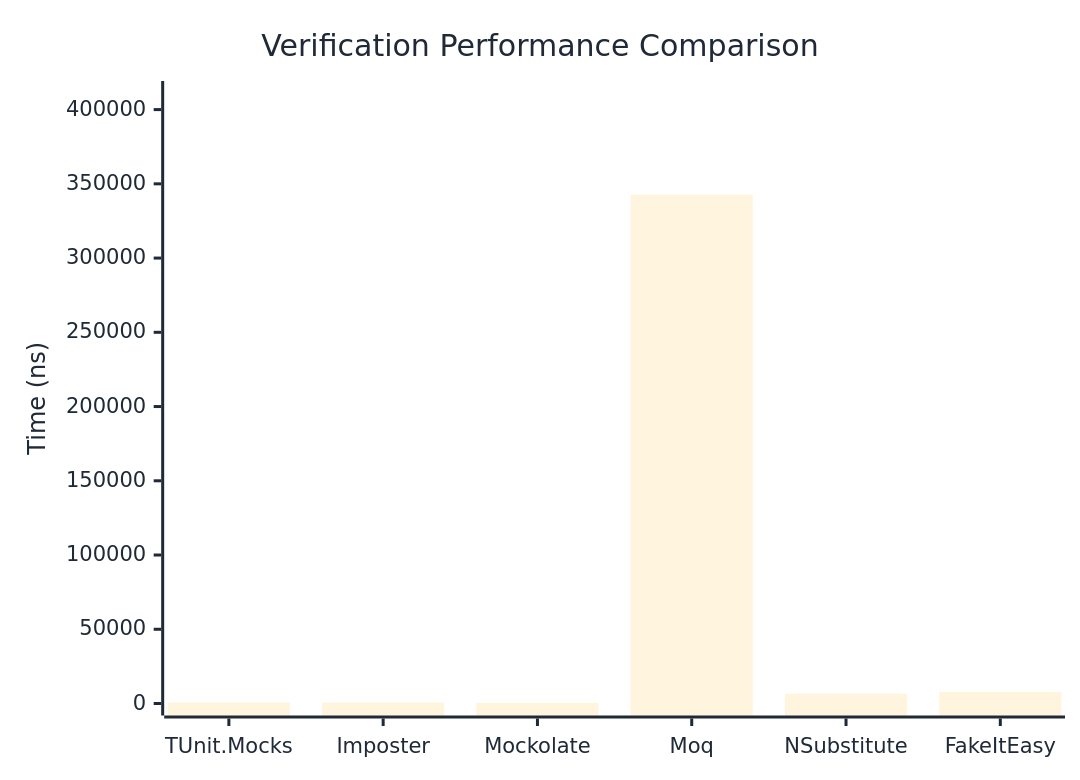
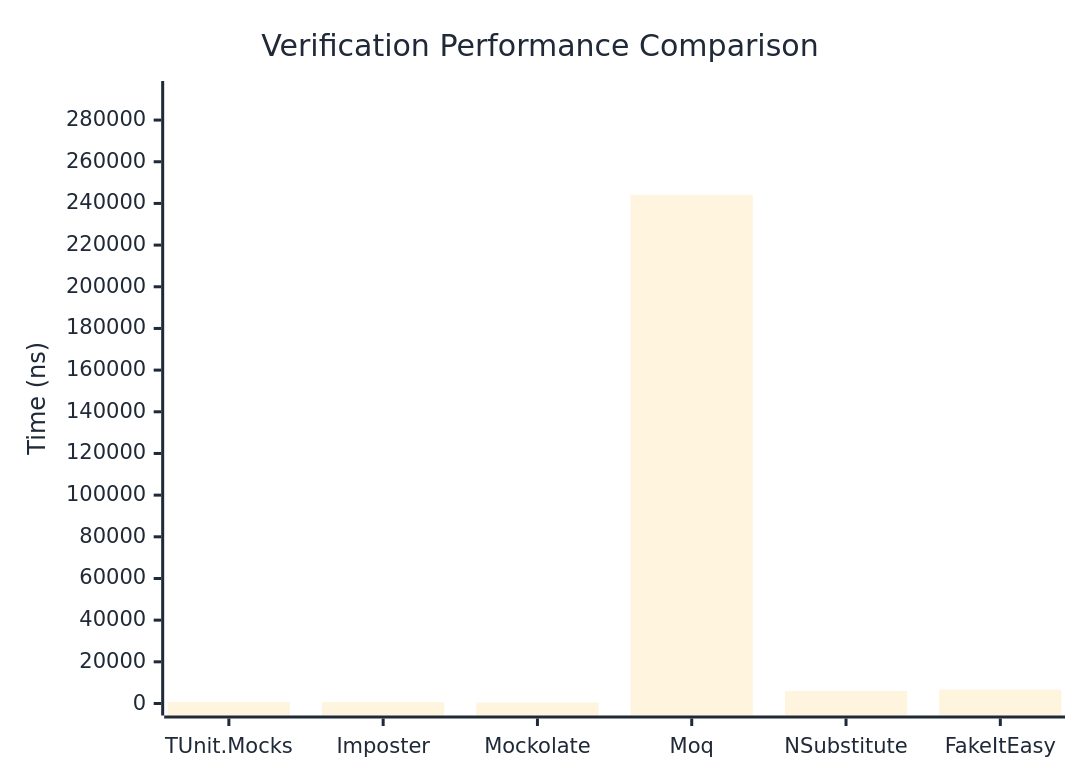
The first of 3 diagrams in docs/docs/benchmarks/mocks/Verification.md (thomhurst/TUnit), drawn with Mermaid before and after one commit. The commit also changed other lines of this file and 14 other files, not shown here.

````diff
--- a/docs/docs/benchmarks/mocks/Verification.md
+++ b/docs/docs/benchmarks/mocks/Verification.md
@@ -28,27 +28,27 @@
 ```mermaid
 %%{init: {
   'theme':'base',
   'themeVariables': {
     'primaryColor': '#2563eb',
     'primaryTextColor': '#1f2937',
     'primaryBorderColor': '#1e40af',
     'lineColor': '#6b7280',
     'secondaryColor': '#7c3aed',
     'tertiaryColor': '#dc2626',
     'background': '#ffffff',
     'pie1': '#2563eb',
     'pie2': '#7c3aed',
     'pie3': '#dc2626',
     'pie4': '#f59e0b',
     'pie5': '#10b981',
     'pie6': '#06b6d4',
     'pie7': '#ec4899',
     'pie8': '#6366f1'
   }
 }}%%
 xychart-beta
   title "Verification Performance Comparison"
   x-axis ["TUnit.Mocks", "Imposter", "Mockolate", "Moq", "NSubstitute", "FakeItEasy"]
-  y-axis "Time (ns)" 0 --> 411179
-  bar [717.66, 722.04, 431.79, 342648.49, 6577.53, 7780.58]
+  y-axis "Time (ns)" 0 --> 292996
+  bar [748.5, 697.96, 409.36, 244163.13, 5962.74, 6663.36]
 ```
````
